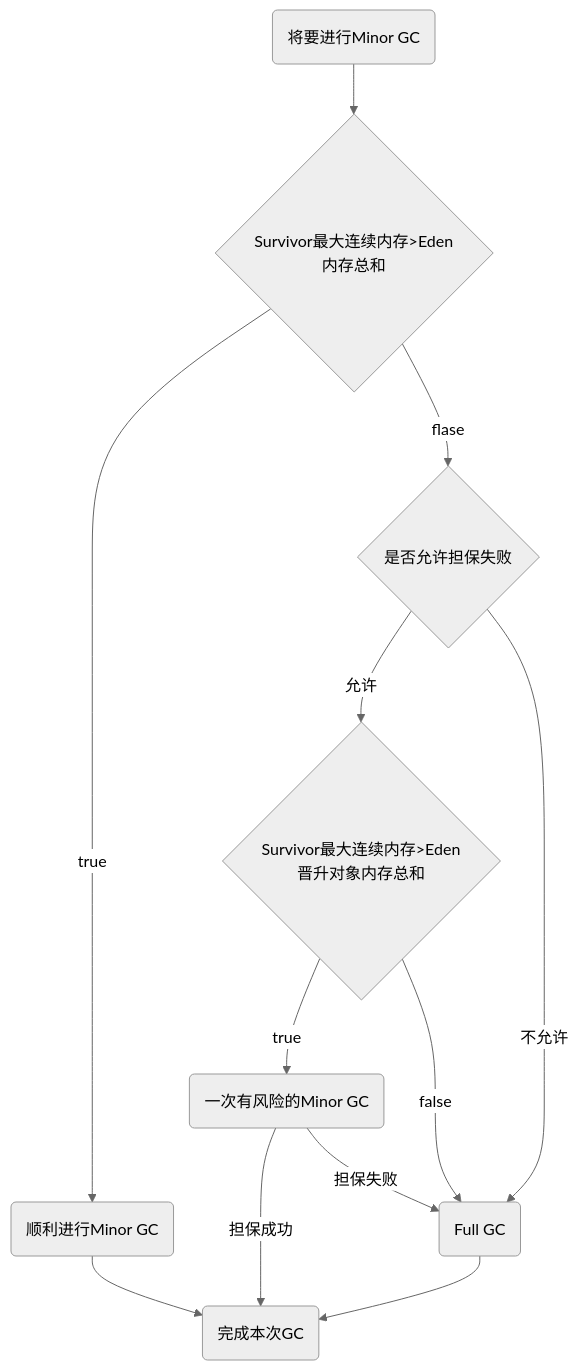
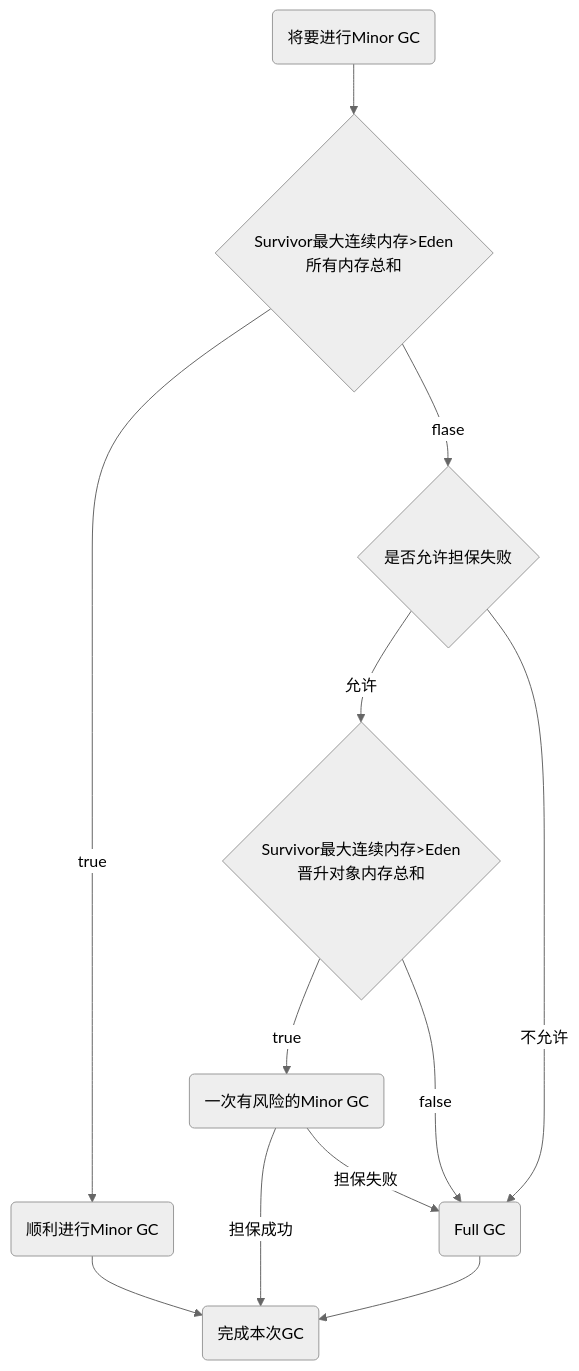
Before and after one commit to Benjaminlii/Benjamin: the diagram in hello/NoteBook/JVM/3.垃圾收集器与内存分配策略.md, drawn with Mermaid (neutral theme). The commit also changed other lines of this file, not shown here.

````diff
--- a/hello/NoteBook/JVM/3.垃圾收集器与内存分配策略.md
+++ b/hello/NoteBook/JVM/3.垃圾收集器与内存分配策略.md
@@ -281,22 +283,22 @@
 ```mermaid
 graph TB
 	id0(将要进行Minor GC)
-	id1{Survivor最大连续内存>Eden内存总和}
+	id1{Survivor最大连续内存>Eden所有内存总和}
 	id0-->id1
 	id2{是否允许担保失败}
 	id3(顺利进行Minor GC)
 	id1--true-->id3
 	id1--flase-->id2
 	id4{Survivor最大连续内存>Eden晋升对象内存总和}
 	id2--允许-->id4
 	id5(一次有风险的Minor GC)
 	id4--true-->id5
 	id6(Full GC)
 	id2--不允许-->id6
 	id4--false-->id6
 	id7(完成本次GC)
 	id5--担保成功-->id7
 	id5--担保失败-->id6
 	id3-->id7
 	id6-->id7
 ```
````
